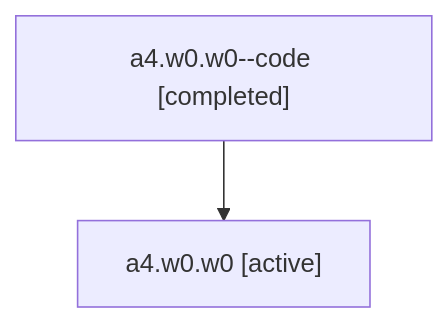
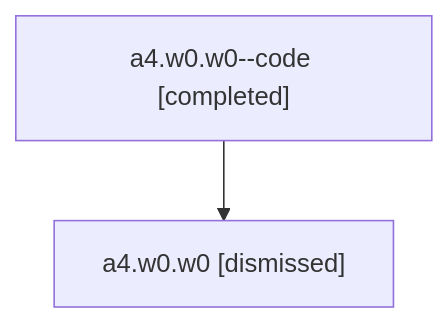
One commit to sase-org/sase--agents changed the diagram in sessions/bbugyi200.athena.a4.w0.w0.md. Above: the diagram before and after it, drawn with Mermaid. The commit also changed other lines of this file and 35 other files, not shown here.

````diff
--- a/sessions/bbugyi200.athena.a4.w0.w0.md
+++ b/sessions/bbugyi200.athena.a4.w0.w0.md
@@ -9,6 +9,6 @@
 ```mermaid
 flowchart TD
   n0["a4.w0.w0--code [completed]"]
-  n1["a4.w0.w0 [active]"]
+  n1["a4.w0.w0 [dismissed]"]
   n0 --> n1
 ```
````
